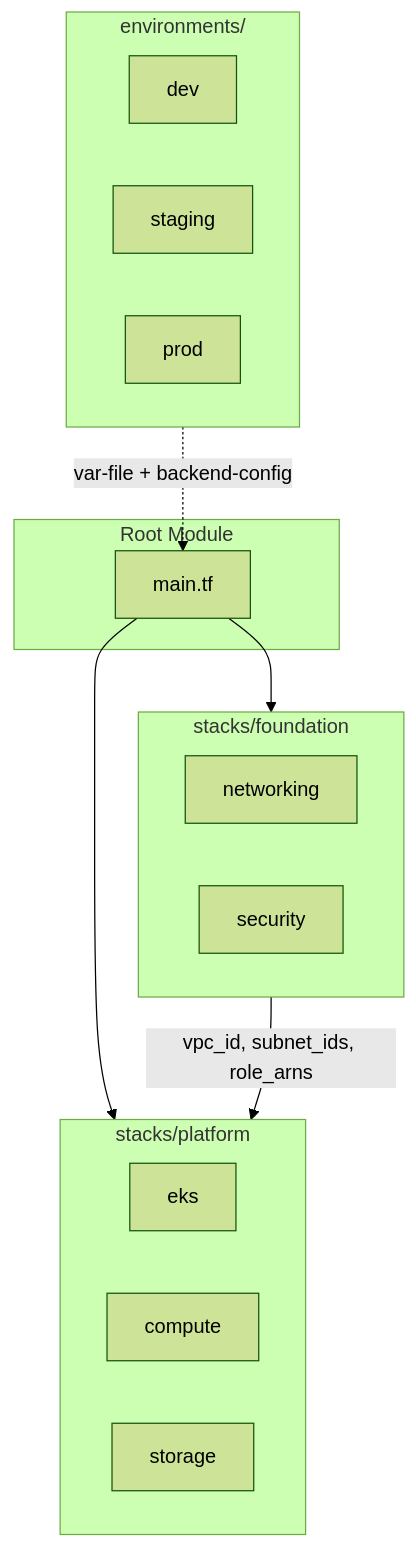
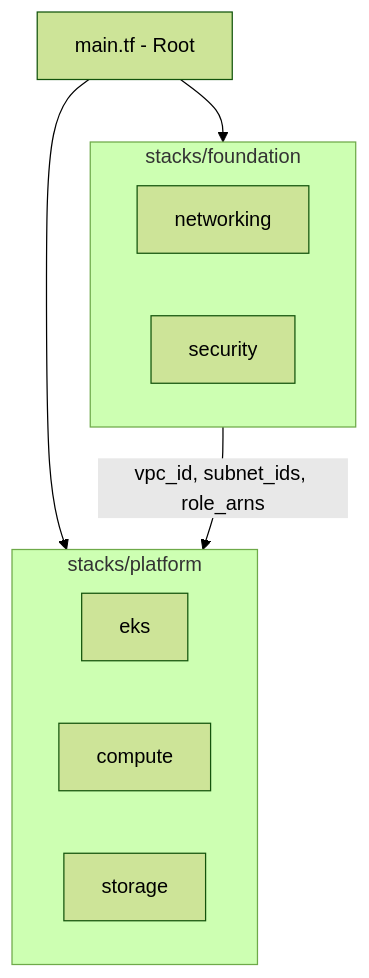
One commit to thisisgaganbirru/terraform-aws-eks changed the first of 2 diagrams in README.md. Above: the diagram before and after it, drawn with Mermaid (forest theme).

Commit message:
docs: rewrite readme for layered stack architecture

````diff
--- a/README.md
+++ b/README.md
@@ -26,28 +26,17 @@
 ```mermaid
 flowchart TD
-    subgraph Root["Root Module"]
-        MAIN[main.tf]
-    end
-
+    MAIN[main.tf - Root]
     subgraph Foundation["stacks/foundation"]
         NET[networking]
         SEC[security]
     end
-
     subgraph Platform["stacks/platform"]
         EKS[eks]
         COMP[compute]
         STOR[storage]
     end
 
-    subgraph Envs["environments/"]
-        DEV[dev]
-        STG[staging]
-        PRD[prod]
-    end
-
     MAIN --> Foundation
     MAIN --> Platform
     Foundation -->|vpc_id, subnet_ids, role_arns| Platform
-    Envs -.->|var-file + backend-config| MAIN
 ```
````
